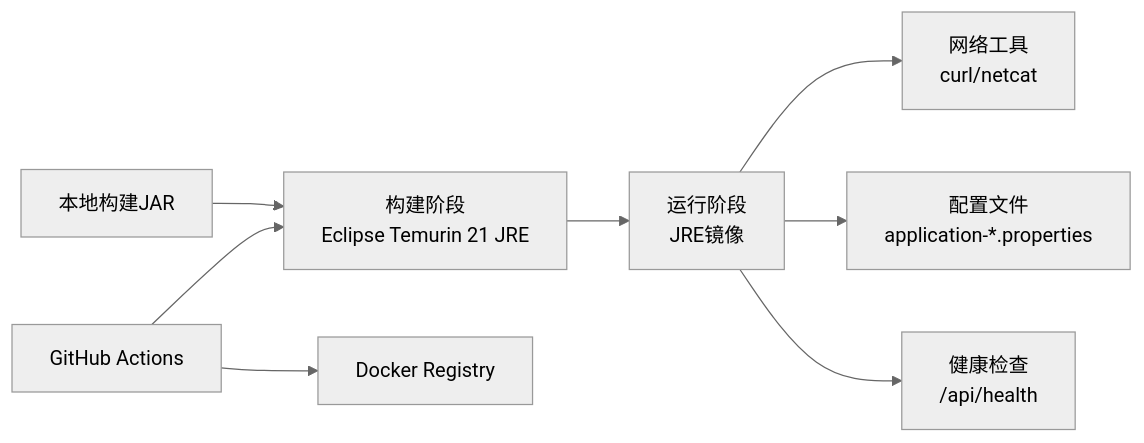
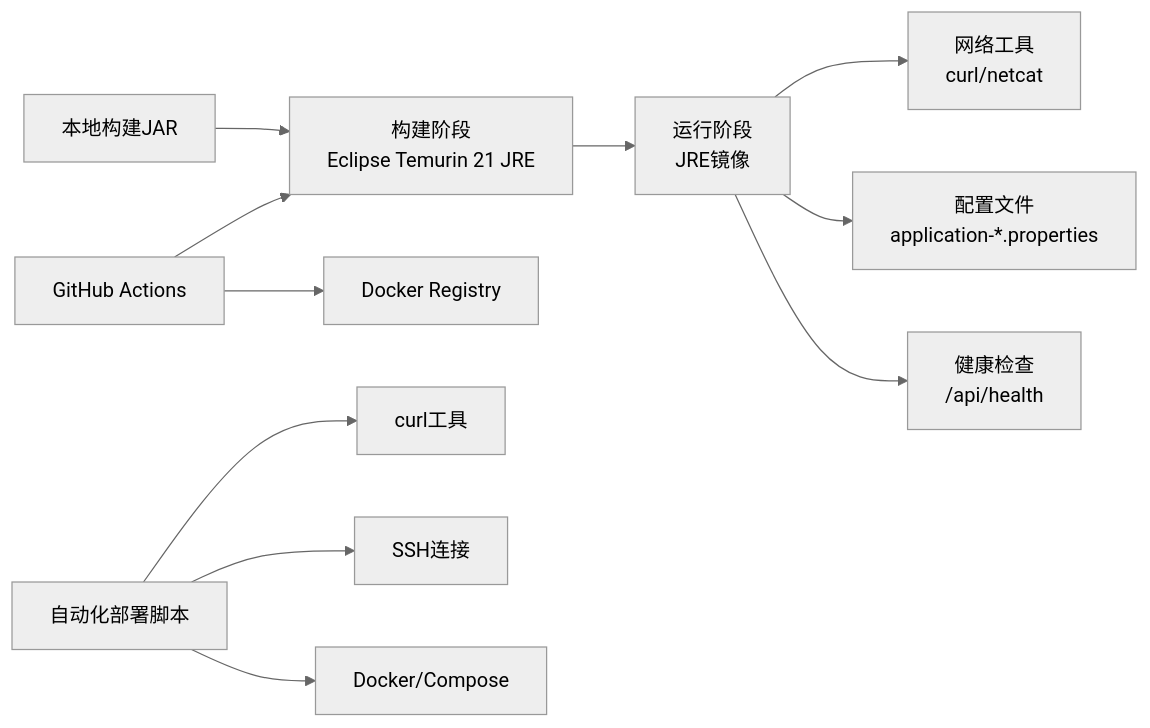
The eighth of 8 diagrams in .qoder/repowiki/zh/content/部署指南/Docker容器化部署.md (liuzh2008/med_ai_assistant_workspace), drawn with Mermaid (neutral theme) before and after one commit. The commit also changed other lines of this file and 4 other files, not shown here.

````diff
--- a/.qoder/repowiki/zh/content/部署指南/Docker容器化部署.md
+++ b/.qoder/repowiki/zh/content/部署指南/Docker容器化部署.md
@@ -270,10 +383,13 @@
 ```mermaid
 graph LR
 LocalJAR["本地构建JAR"] --> Builder["构建阶段<br/>Eclipse Temurin 21 JRE"]
 Builder --> Runtime["运行阶段<br/>JRE镜像"]
 Runtime --> Tools["网络工具<br/>curl/netcat"]
 Runtime --> Config["配置文件<br/>application-*.properties"]
 Runtime --> Health["健康检查<br/>/api/health"]
 GHA["GitHub Actions"] --> Builder
 GHA --> DockerRegistry["Docker Registry"]
+AutoDeploy["自动化部署脚本"] --> Curl["curl工具"]
+AutoDeploy --> SSH["SSH连接"]
+AutoDeploy --> DockerTools["Docker/Compose"]
 ```
````
